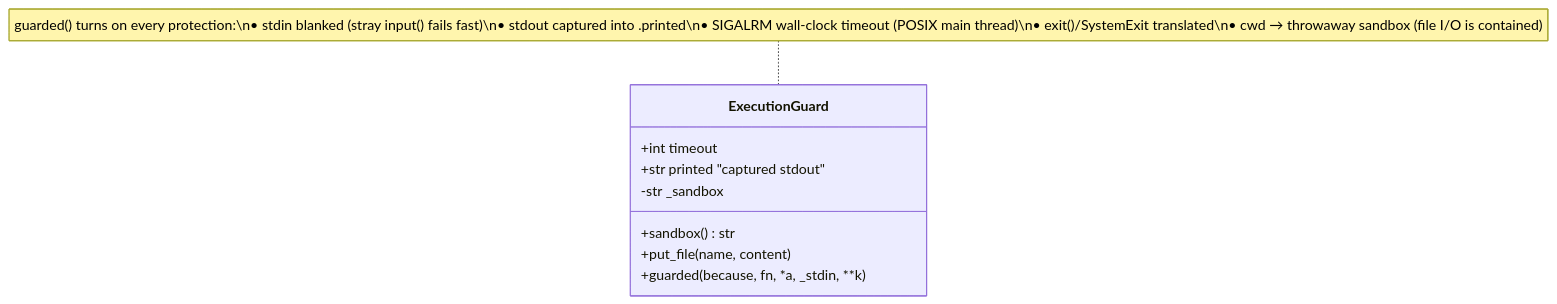
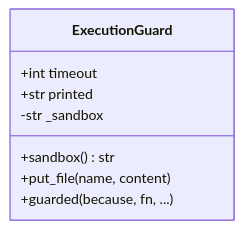
The third of 7 diagrams in docs/architecture/toolkit.md (N041M/PyQuest), drawn with Mermaid before and after one commit. The commit also changed other lines of this file and 5 other files, not shown here.

First line of the commit message:
Polish architecture diagrams; add puzzle-consumption view

````diff
--- a/docs/architecture/toolkit.md
+++ b/docs/architecture/toolkit.md
@@ -109,12 +94,11 @@
 ```mermaid
 classDiagram
     class ExecutionGuard {
         +int timeout
-        +str printed  "captured stdout"
+        +str printed
         -str _sandbox
         +sandbox() str
         +put_file(name, content)
-        +guarded(because, fn, *a, _stdin, **k)
+        +guarded(because, fn, ...)
     }
-    note for ExecutionGuard "guarded() turns on every protection:\n• stdin blanked (stray input() fails fast)\n• stdout captured into .printed\n• SIGALRM wall-clock timeout (POSIX main thread)\n• exit()/SystemExit translated\n• cwd → throwaway sandbox (file I/O is contained)"
 ```
````
